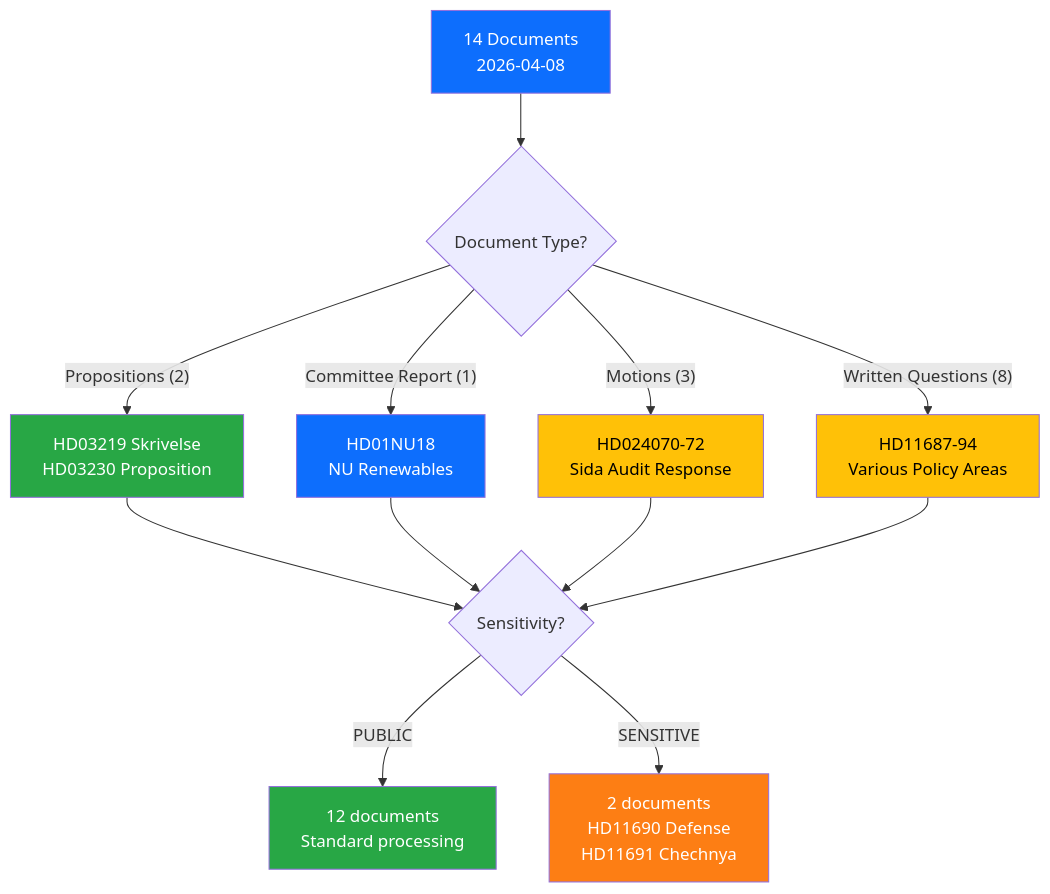
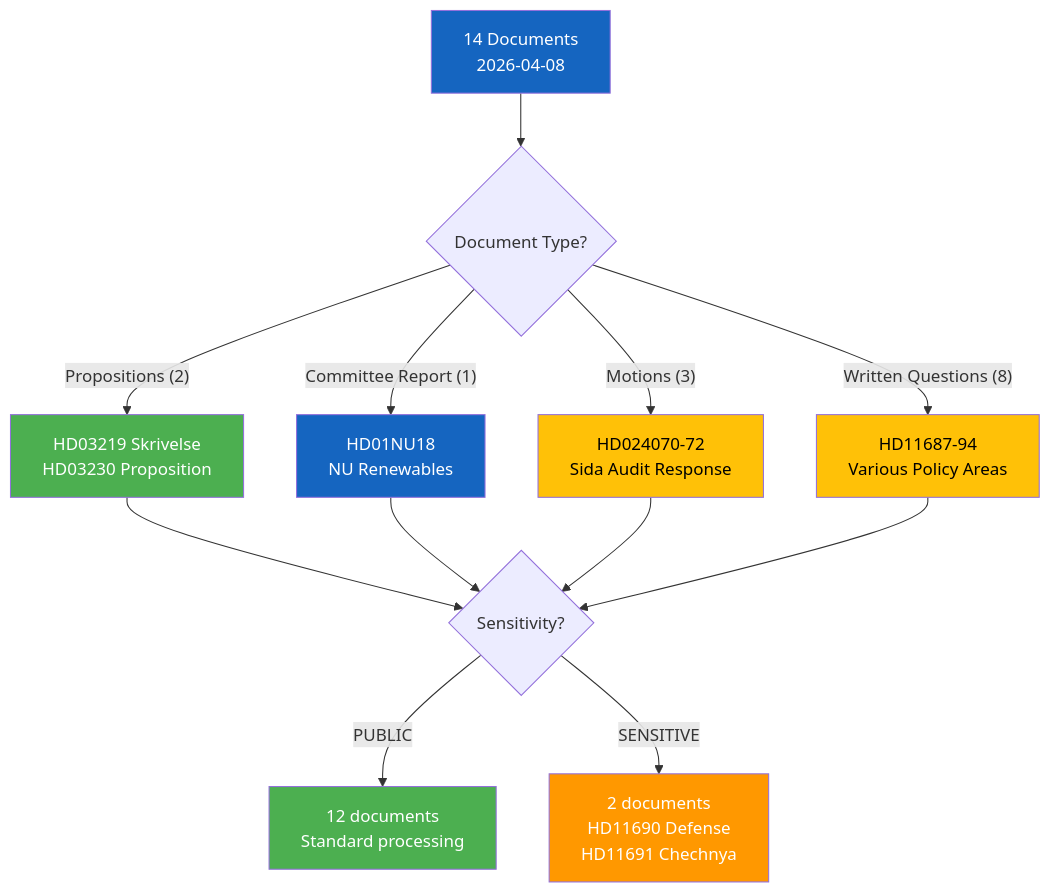
The diagram in analysis/daily/2026-04-08/evening-analysis-2/classification-results.md (Hack23/riksdagsmonitor), drawn with Mermaid before and after one commit. The commit also changed 785 other files, not shown here.

First line of the commit message:
Normalize mermaid colors across 786 analysis artifacts to ISMS Style Guide palette

````diff
--- a/analysis/daily/2026-04-08/evening-analysis-2/classification-results.md
+++ b/analysis/daily/2026-04-08/evening-analysis-2/classification-results.md
@@ -13,24 +13,24 @@
 ```mermaid
 graph TD
     A["14 Documents<br/>2026-04-08"] --> B{"Document Type?"}
     B --> |"Propositions (2)"| C["HD03219 Skrivelse<br/>HD03230 Proposition"]
     B --> |"Committee Report (1)"| D["HD01NU18<br/>NU Renewables"]
     B --> |"Motions (3)"| E["HD024070-72<br/>Sida Audit Response"]
     B --> |"Written Questions (8)"| F["HD11687-94<br/>Various Policy Areas"]
 
     C --> G{"Sensitivity?"}
     D --> G
     E --> G
     F --> G
 
     G --> |"PUBLIC"| H["12 documents<br/>Standard processing"]
     G --> |"SENSITIVE"| I["2 documents<br/>HD11690 Defense<br/>HD11691 Chechnya"]
 
-    style A fill:#0d6efd,color:#fff
-    style C fill:#28a745,color:#fff
-    style D fill:#0d6efd,color:#fff
-    style E fill:#ffc107,color:#000
-    style F fill:#ffc107,color:#000
-    style H fill:#28a745,color:#fff
-    style I fill:#fd7e14,color:#fff
+    style A fill:#1565C0,color:#FFFFFF
+    style C fill:#4CAF50,color:#FFFFFF
+    style D fill:#1565C0,color:#FFFFFF
+    style E fill:#FFC107,color:#000000
+    style F fill:#FFC107,color:#000000
+    style H fill:#4CAF50,color:#FFFFFF
+    style I fill:#FF9800,color:#FFFFFF
 ```
````
